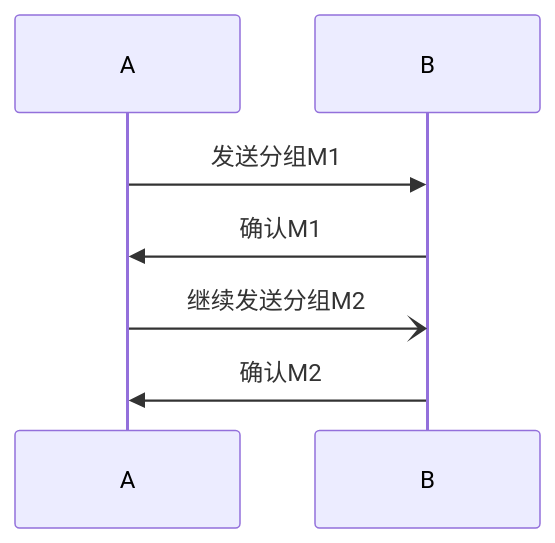
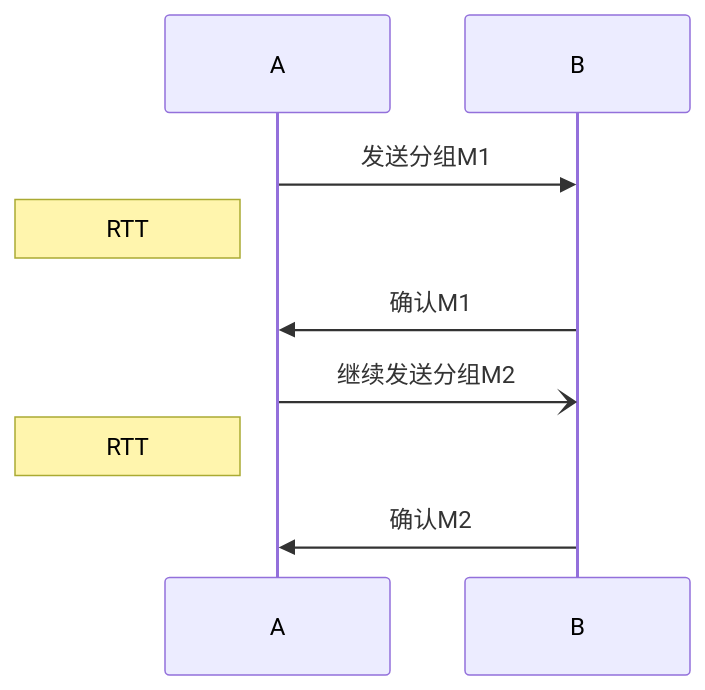
The first of 3 diagrams in 计算机网络/可靠传输工作原理.md (enigmaiiiiiiii/Learning-Record-Write-By-Obsidian), drawn with Mermaid before and after one commit. The commit also changed other lines of this file and 33 other files, not shown here.

````diff
--- a/计算机网络/可靠传输工作原理.md
+++ b/计算机网络/可靠传输工作原理.md
@@ -13,7 +14,9 @@
 ```mermaid
 sequenceDiagram
 A ->> B: 发送分组M1
+Note left of A:RTT 
 B ->> A: 确认M1
 A -) B: 继续发送分组M2
+Note left of A:RTT 
 B ->> A: 确认M2
 ```
````
